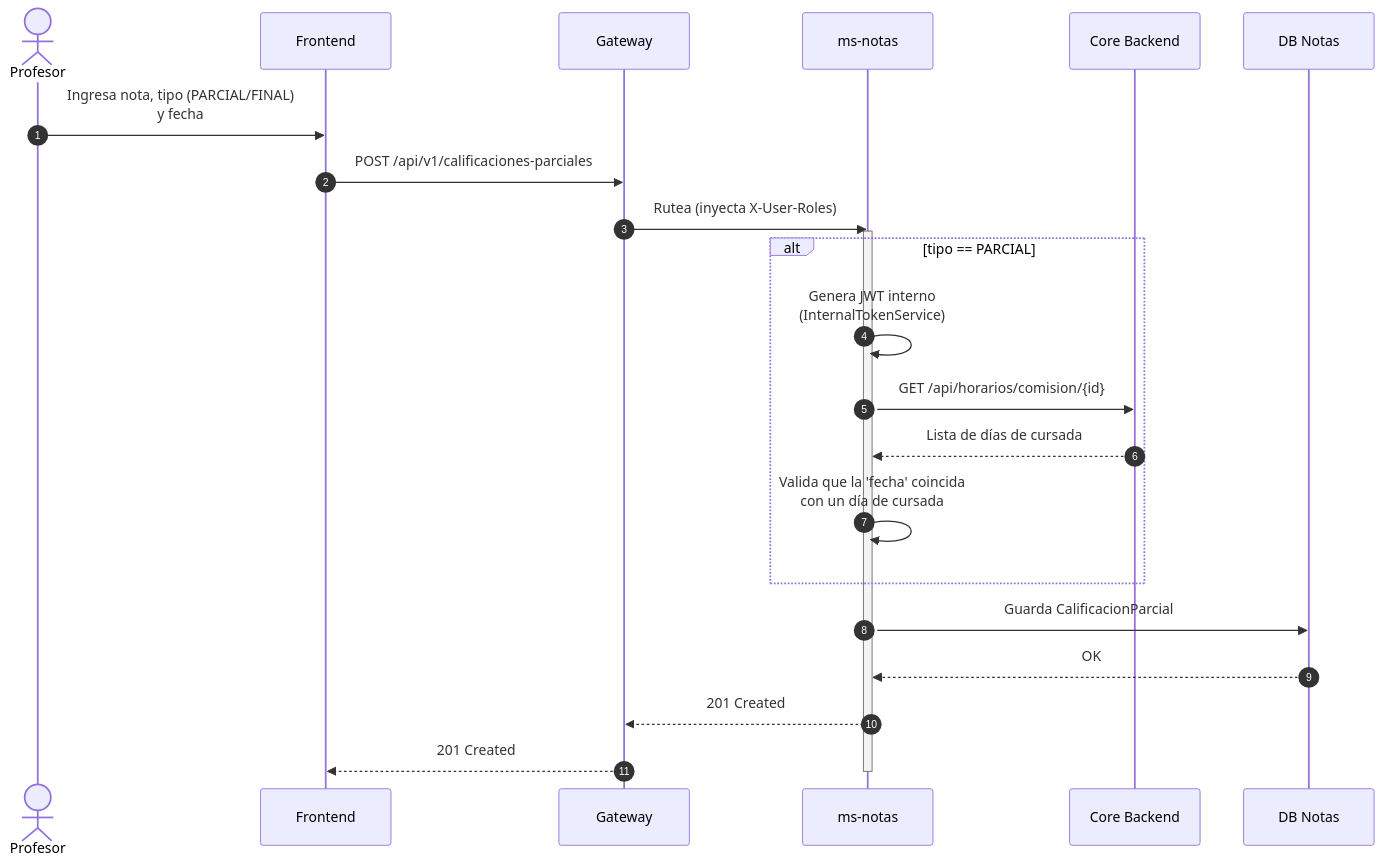
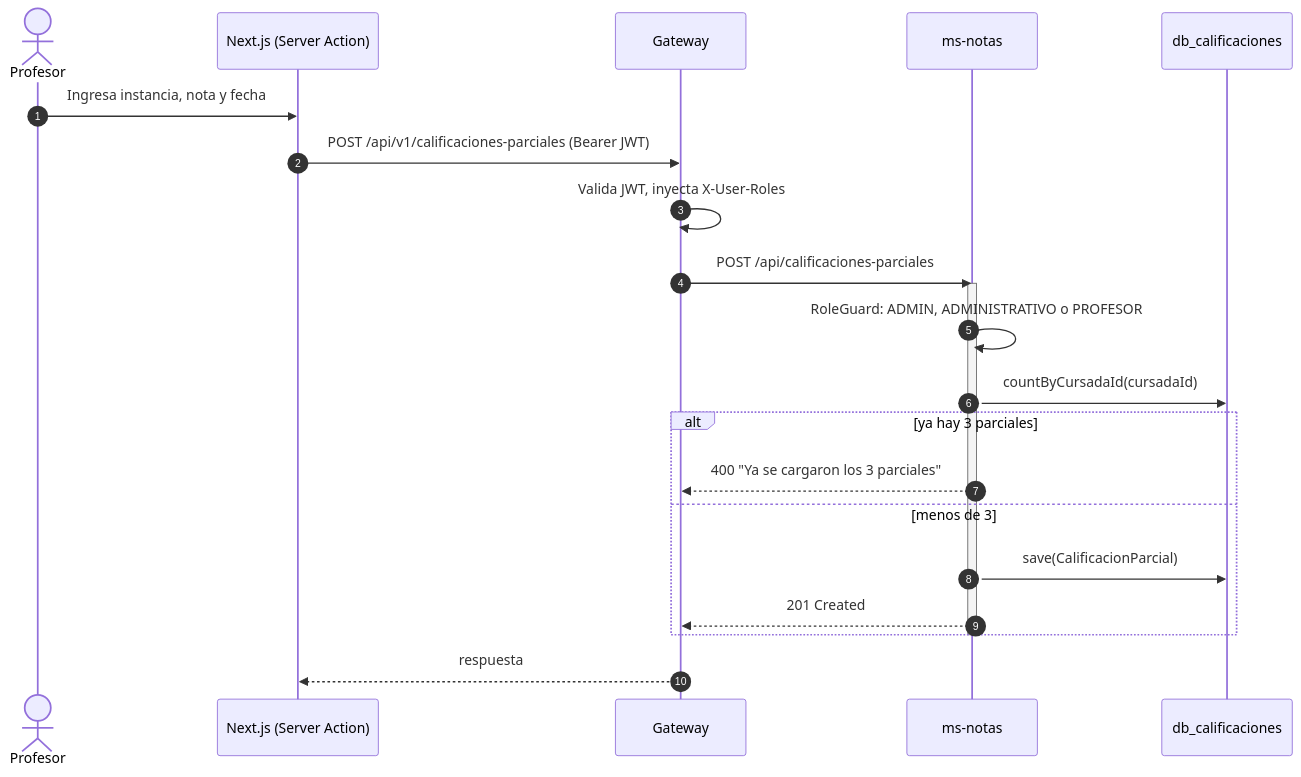
The first of 3 diagrams in docs/03.30-Diagrama_Secuencia_Notas.md (JuancaSterba/web-2026-itec), drawn with Mermaid before and after one commit. The commit also changed other lines of this file and 1 other file, not shown here.

First line of the commit message:
docs(flujos): estados y secuencia de notas segun el codigo (#31)

````diff
--- a/docs/03.30-Diagrama_Secuencia_Notas.md
+++ b/docs/03.30-Diagrama_Secuencia_Notas.md
@@ -9,29 +9,26 @@
 ```mermaid
 sequenceDiagram
     autonumber
     actor Profesor
-    participant Frontend
+    participant Next as Next.js (Server Action)
     participant Gateway
     participant MS_Notas as ms-notas
-    participant Core as Core Backend
-    participant DB_Notas as DB Notas
+    participant DB_Notas as db_calificaciones
 
-    Profesor->>Frontend: Ingresa nota, tipo (PARCIAL/FINAL)<br>y fecha
-    Frontend->>Gateway: POST /api/v1/calificaciones-parciales
-    Gateway->>MS_Notas: Rutea (inyecta X-User-Roles)
-    
+    Profesor->>Next: Ingresa instancia, nota y fecha
+    Next->>Gateway: POST /api/v1/calificaciones-parciales (Bearer JWT)
+    Gateway->>Gateway: Valida JWT, inyecta X-User-Roles
+    Gateway->>MS_Notas: POST /api/calificaciones-parciales
+
     activate MS_Notas
-    
-    alt tipo == PARCIAL
-        MS_Notas->>MS_Notas: Genera JWT interno<br>(InternalTokenService)
-        MS_Notas->>Core: GET /api/horarios/comision/{id}
-        Core-->>MS_Notas: Lista de días de cursada
-        MS_Notas->>MS_Notas: Valida que la 'fecha' coincida<br>con un día de cursada
+    MS_Notas->>MS_Notas: RoleGuard: ADMIN, ADMINISTRATIVO o PROFESOR
+    MS_Notas->>DB_Notas: countByCursadaId(cursadaId)
+    alt ya hay 3 parciales
+        MS_Notas-->>Gateway: 400 "Ya se cargaron los 3 parciales"
+    else menos de 3
+        MS_Notas->>DB_Notas: save(CalificacionParcial)
+        MS_Notas-->>Gateway: 201 Created
     end
-    
-    MS_Notas->>DB_Notas: Guarda CalificacionParcial
-    DB_Notas-->>MS_Notas: OK
-    MS_Notas-->>Gateway: 201 Created
-    Gateway-->>Frontend: 201 Created
     deactivate MS_Notas
+    Gateway-->>Next: respuesta
 ```
````
